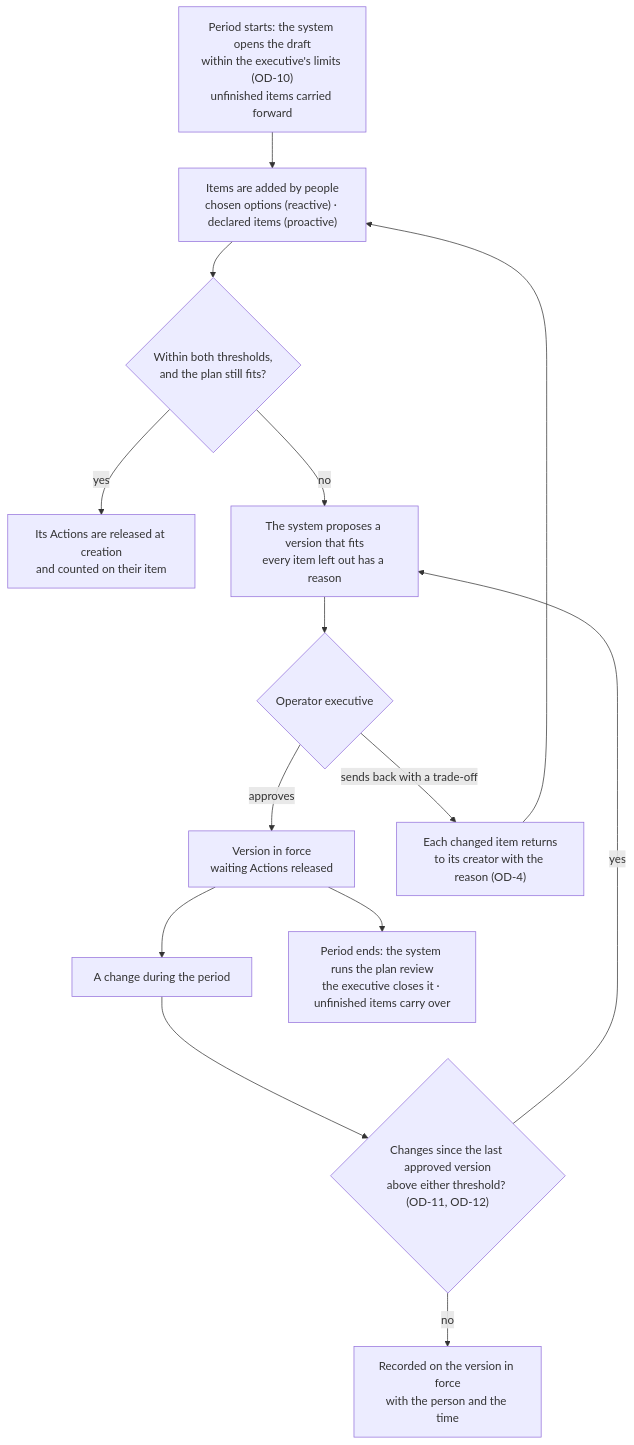
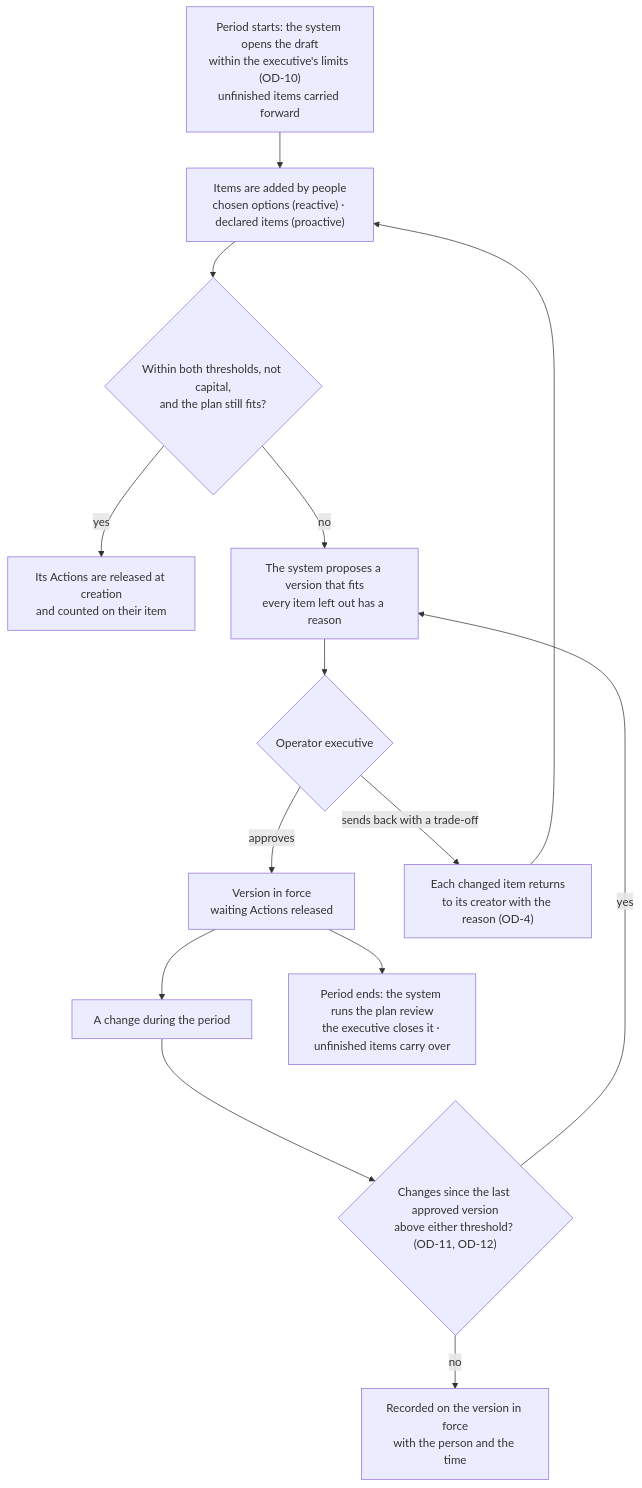
The first of 5 diagrams in Docs/demo-sprint/product-direction-layer4/plan-and-action-workflow.md (bineyame/AssetOpsV1), drawn with Mermaid before and after one commit. The commit also changed other lines of this file and 3 other files, not shown here.

````diff
--- a/Docs/demo-sprint/product-direction-layer4/plan-and-action-workflow.md
+++ b/Docs/demo-sprint/product-direction-layer4/plan-and-action-workflow.md
@@ -57,16 +57,16 @@
 ```mermaid
 flowchart TB
   O["Period starts: the system opens the draft<br/>within the executive's limits (OD-10)<br/>unfinished items carried forward"] --> C["Items are added by people<br/>chosen options (reactive) · declared items (proactive)"]
-  C --> K{"Within both thresholds,<br/>and the plan still fits?"}
+  C --> K{"Within both thresholds, not capital,<br/>and the plan still fits?"}
   K -- "yes" --> RL["Its Actions are released at creation<br/>and counted on their item"]
   K -- "no" --> PR["The system proposes a version that fits<br/>every item left out has a reason"]
   PR --> AP{"Operator executive"}
   AP -- "approves" --> V["Version in force<br/>waiting Actions released"]
   AP -- "sends back with a trade-off" --> BK["Each changed item returns<br/>to its creator with the reason (OD-4)"]
   BK --> C
   V --> CH["A change during the period"]
   CH --> K2{"Changes since the last approved version<br/>above either threshold? (OD-11, OD-12)"}
   K2 -- "no" --> RC["Recorded on the version in force<br/>with the person and the time"]
   K2 -- "yes" --> PR
   V --> CL["Period ends: the system runs the plan review<br/>the executive closes it · unfinished items carry over"]
 ```
````
